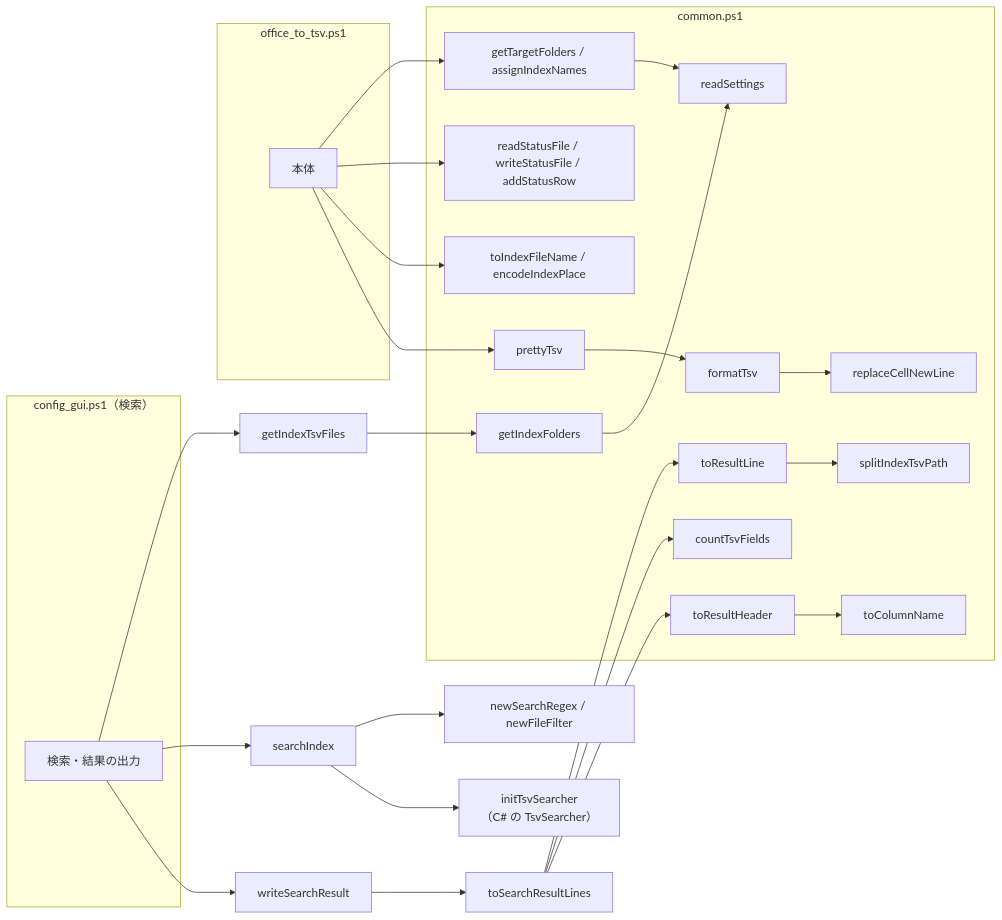
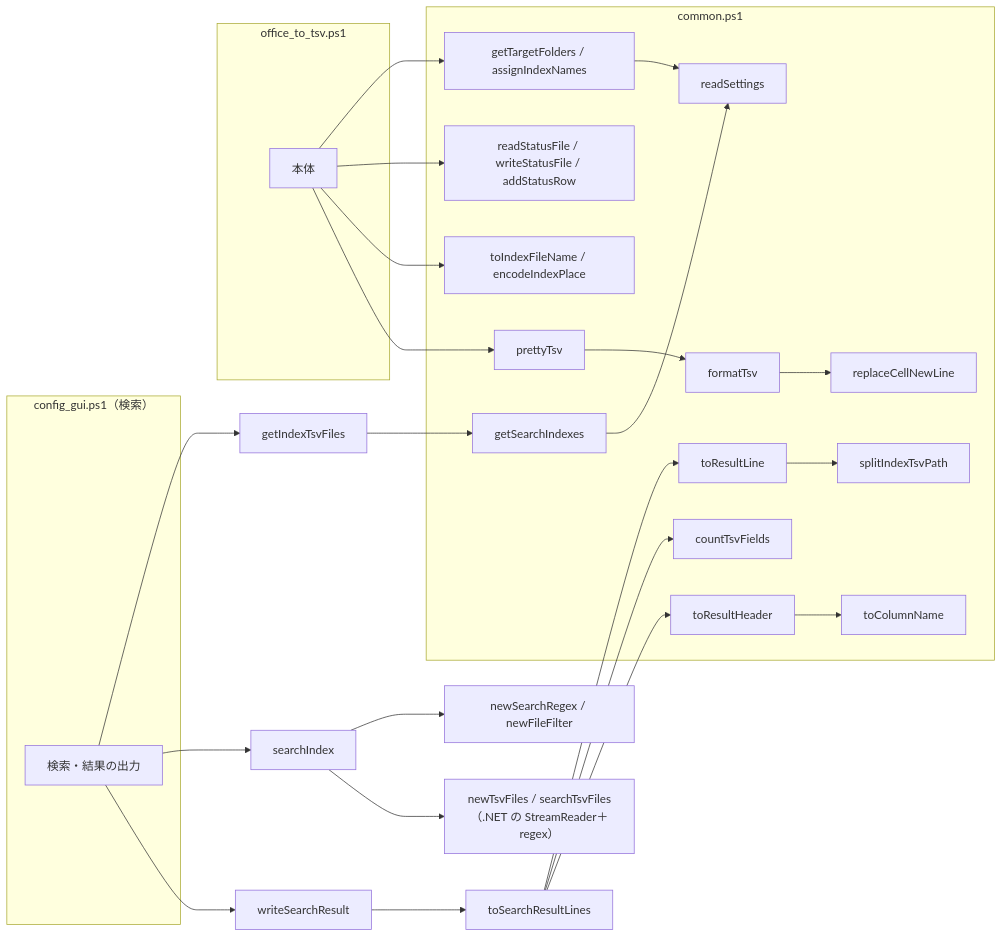
The first of 2 diagrams in docs/00_共通_2_共通モジュール.md (hsgwa/tebunko), drawn with Mermaid before and after one commit. The commit also changed other lines of this file and 27 other files, not shown here.

````diff
--- a/docs/00_共通_2_共通モジュール.md
+++ b/docs/00_共通_2_共通モジュール.md
@@ -91,37 +98,37 @@
 ```mermaid
 flowchart LR
     subgraph OTS["office_to_tsv.ps1"]
         OT["本体"]
     end
     subgraph GRS["config_gui.ps1（検索）"]
         GR["検索・結果の出力"]
     end
     subgraph CMS["common.ps1"]
         RCL["readSettings"]
         RSF["readStatusFile / writeStatusFile / addStatusRow"]
         GTF["getTargetFolders / assignIndexNames"]
-        GIF["getIndexFolders"]
+        GIF["getSearchIndexes"]
         TSF["toIndexFileName / encodeIndexPlace"]
         RNL["replaceCellNewLine"]
         FT["formatTsv"]
         PT["prettyTsv"]
         SIF["splitIndexTsvPath"]
         TRL["toResultLine"]
         CTF["countTsvFields"]
         TRH["toResultHeader"]
         TCN["toColumnName"]
     end
 
     OT --> GTF --> RCL
     OT --> RSF
     OT --> TSF
     OT --> PT --> FT --> RNL
     GR --> ITF["getIndexTsvFiles"] --> GIF --> RCL
     GR --> SI["searchIndex"]
     SI --> NSR["newSearchRegex / newFileFilter"]
-    SI --> ITS["initTsvSearcher<br>（C# の TsvSearcher）"]
+    SI --> STF["newTsvFiles / searchTsvFiles<br>（.NET の StreamReader＋regex）"]
     GR --> WSR["writeSearchResult"] --> TSR["toSearchResultLines"]
     TSR --> TRL --> SIF
     TSR --> CTF
     TSR --> TRH --> TCN
 ```
````
